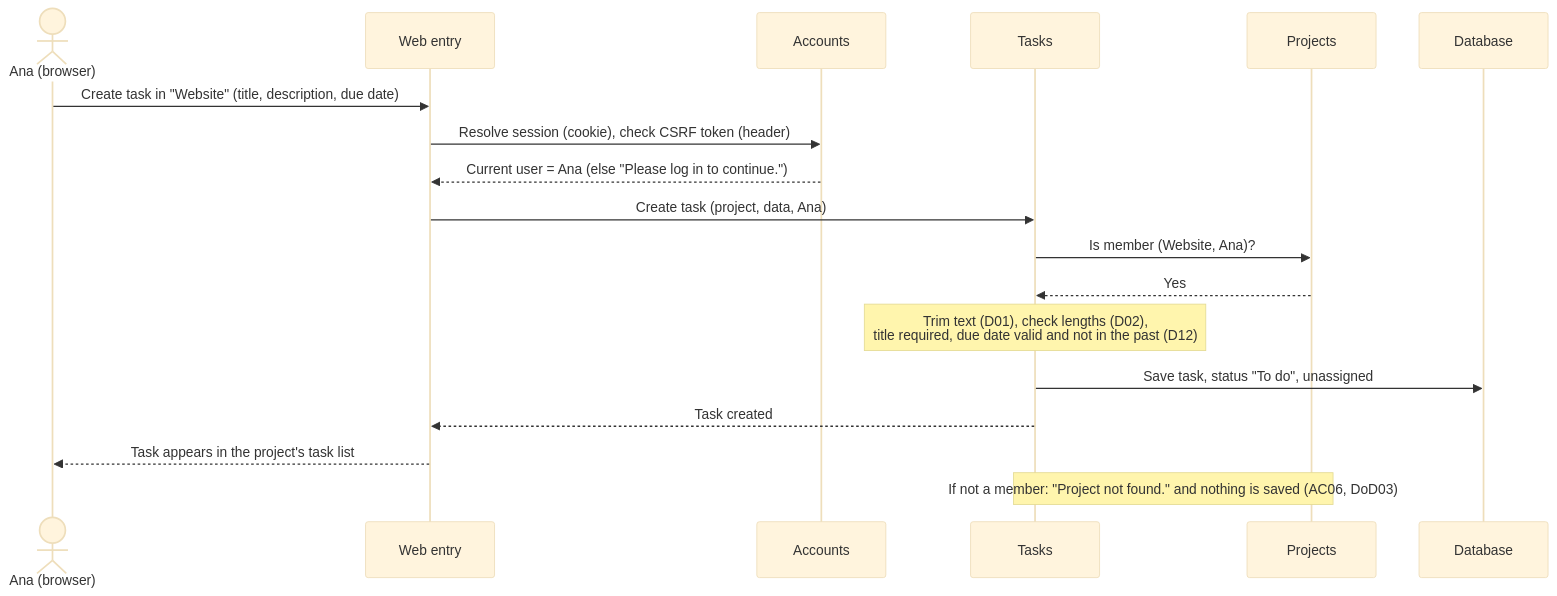
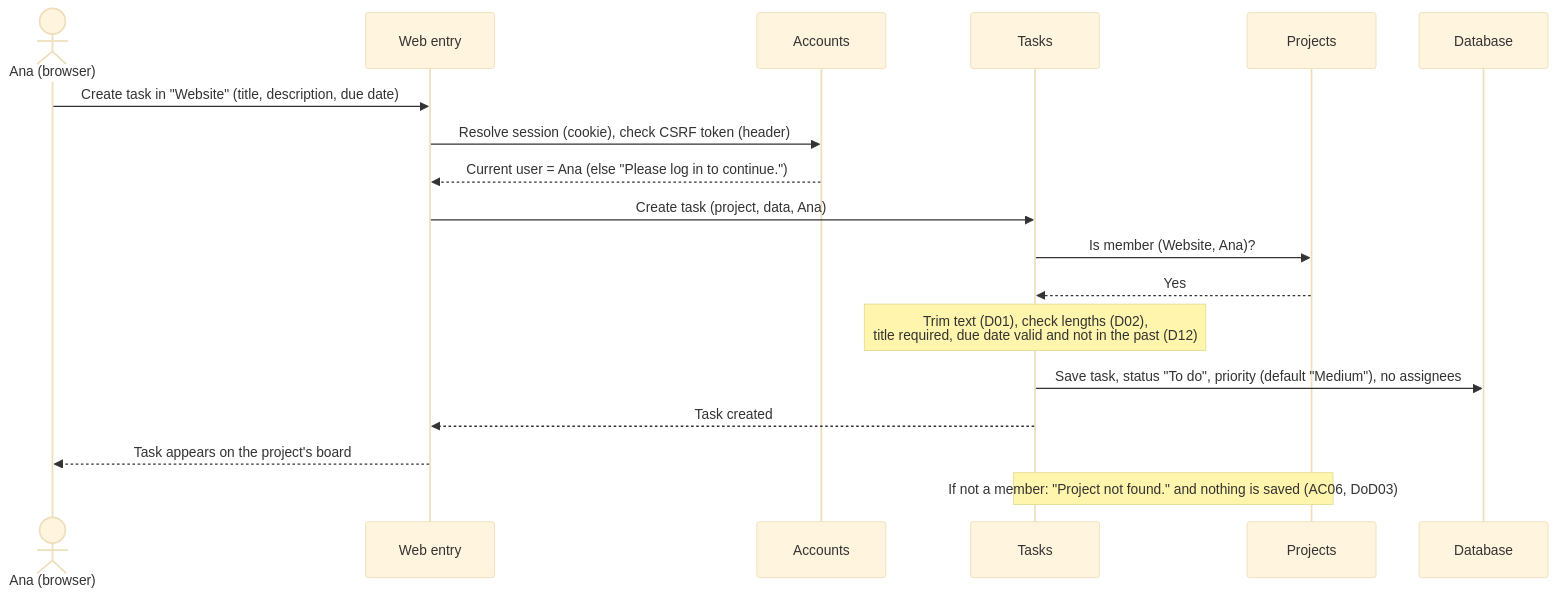
The fourth of 7 diagrams in docs/architecture/04-solution-architecture.md (vitorhsbarros/matriz), drawn with Mermaid (base theme) before and after one commit. The commit also changed other lines of this file and 14 other files, not shown here.

````diff
--- a/docs/architecture/04-solution-architecture.md
+++ b/docs/architecture/04-solution-architecture.md
@@ -152,20 +154,20 @@
 ```mermaid
 sequenceDiagram
     actor Ana as Ana (browser)
     participant E as Web entry
     participant A as Accounts
     participant T as Tasks
     participant P as Projects
     participant DB as Database
     Ana->>E: Create task in "Website" (title, description, due date)
     E->>A: Resolve session (cookie), check CSRF token (header)
     A-->>E: Current user = Ana (else "Please log in to continue.")
     E->>T: Create task (project, data, Ana)
     T->>P: Is member (Website, Ana)?
     P-->>T: Yes
     Note over T: Trim text (D01), check lengths (D02),<br/>title required, due date valid and not in the past (D12)
-    T->>DB: Save task, status "To do", unassigned
+    T->>DB: Save task, status "To do", priority (default "Medium"), no assignees
     T-->>E: Task created
-    E-->>Ana: Task appears in the project's task list
+    E-->>Ana: Task appears on the project's board
     Note over T,P: If not a member: "Project not found." and nothing is saved (AC06, DoD03)
 ```
````
